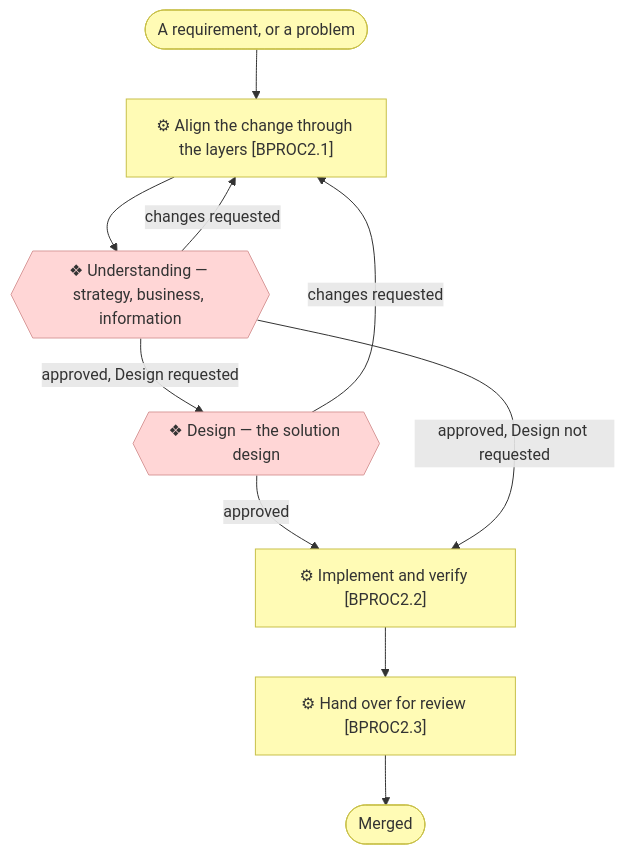
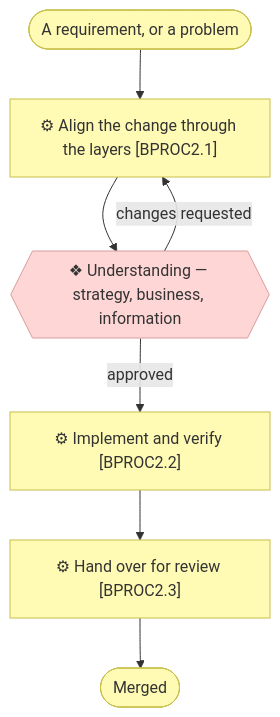
One commit to roanboc/archreator changed the third of 5 diagrams in docs/process/1_level-1-macro-processes.md. Above: the diagram before and after it, drawn with Mermaid. The commit also changed other lines of this file and 68 other files, not shown here.

````diff
--- a/docs/process/1_level-1-macro-processes.md
+++ b/docs/process/1_level-1-macro-processes.md
@@ -109,23 +104,18 @@
 ```mermaid
 flowchart TD
   req(["A requirement, or a problem"])
   p21["⚙ Align the change through the layers [BPROC2.1]"]
   g2{{"❖ Understanding — strategy, business, information"}}
-  g3{{"❖ Design — the solution design"}}
   p22["⚙ Implement and verify [BPROC2.2]"]
   p23["⚙ Hand over for review [BPROC2.3]"]
   merged(["Merged"])
 
   req --> p21 --> g2
   g2 -->|changes requested| p21
-  g2 -->|approved, Design requested| g3
-  g3 -->|changes requested| p21
-  g3 -->|approved| p22
-  g2 -->|approved, Design not requested| p22
-  p22 --> p23 --> merged
+  g2 -->|approved| p22 --> p23 --> merged
 
   classDef business fill:#fffbb5,stroke:#c8c04a,color:#333
   classDef implementation fill:#ffd6d6,stroke:#d99b9b,color:#333
   class p21,p22,p23,req,merged business
-  class g2,g3 implementation
+  class g2 implementation
 ```
````
